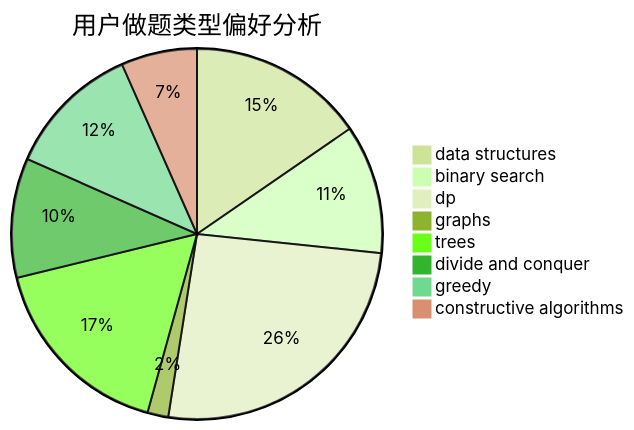
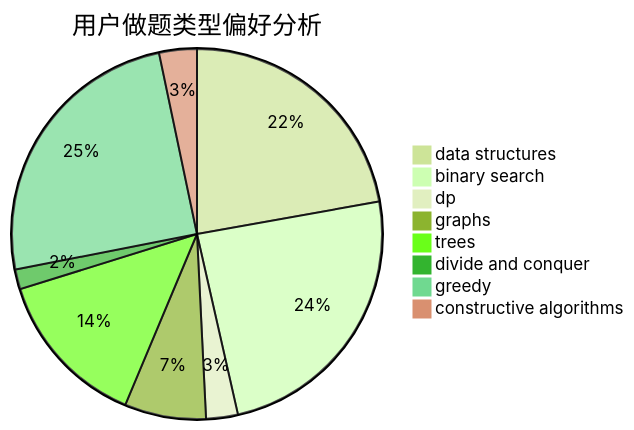
One commit to sherpahu/cfrs.github.io changed the second of 3 diagrams in docs/user/u547.md. Above: the diagram before and after it, drawn with Mermaid (forest theme). The commit also changed other lines of this file and 2770 other files, not shown here.

````diff
--- a/docs/user/u547.md
+++ b/docs/user/u547.md
@@ -23,11 +23,11 @@
 ```mermaid
 pie title 用户做题类型偏好分析
-    "data structures" :  93
-    "binary search" :  68
-    "dp" :  156
-    "graphs" :  11
-    "trees" :  102
-    "divide and conquer" :  63
-    "greedy" :  71
-    "constructive algorithms" :  40
+    "data structures" :  128
+    "binary search" :  140
+    "dp" :  16
+    "graphs" :  41
+    "trees" :  80
+    "divide and conquer" :  10
+    "greedy" :  143
+    "constructive algorithms" :  19
 ```
````
